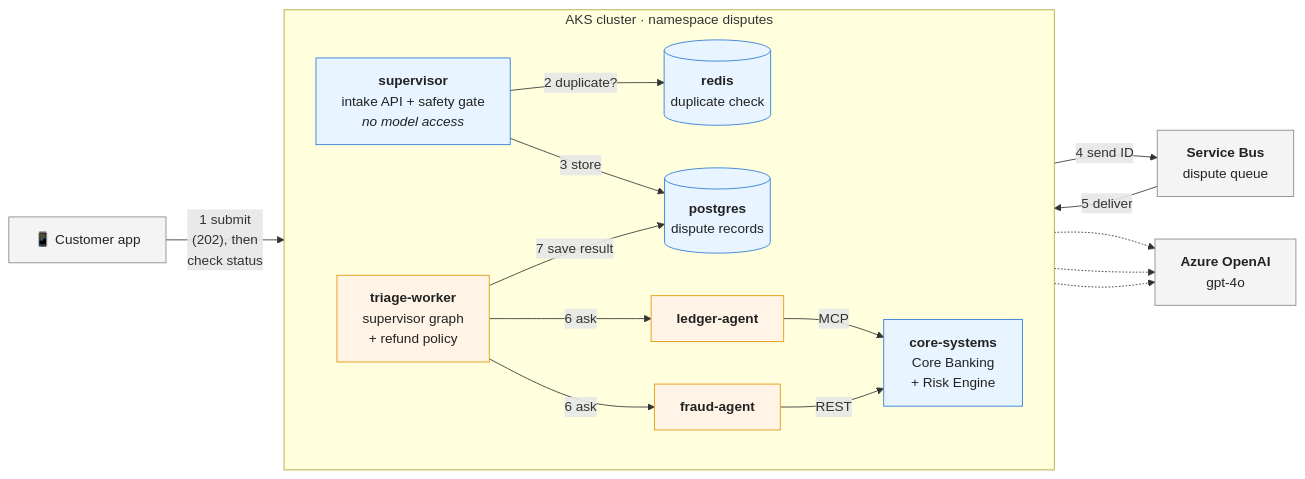
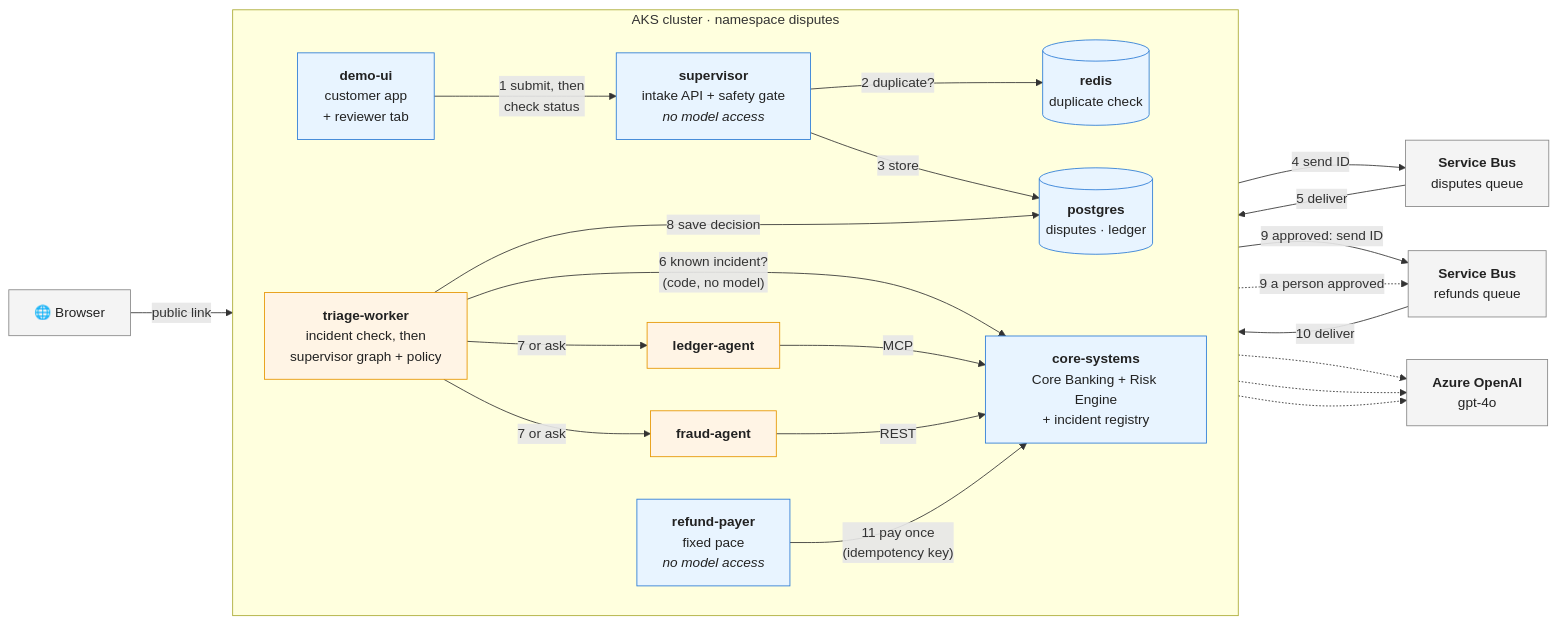
One commit to mangeleth/nequi-bank-agent-demo changed the second of 6 diagrams in README.md. Above: the diagram before and after it, drawn with Mermaid. The commit also changed other lines of this file, not shown here.

First line of the commit message:
README: architecture brought up to date

````diff
--- a/README.md
+++ b/README.md
@@ -143,39 +148,48 @@
 ```mermaid
 flowchart LR
-    app["📱 Customer app"]
+    visitor["🌐 Browser"]
 
     subgraph aks["AKS cluster · namespace disputes"]
         direction LR
+        ui["<b>demo-ui</b><br/>customer app<br/>+ reviewer tab"]
         sup["<b>supervisor</b><br/>intake API + safety gate<br/><i>no model access</i>"]
         redis[("<b>redis</b><br/>duplicate check")]
-        pg[("<b>postgres</b><br/>dispute records")]
-        worker["<b>triage-worker</b><br/>supervisor graph<br/>+ refund policy"]
+        pg[("<b>postgres</b><br/>disputes · ledger")]
+        worker["<b>triage-worker</b><br/>incident check, then<br/>supervisor graph + policy"]
         ledger["<b>ledger-agent</b>"]
         fraud["<b>fraud-agent</b>"]
-        core["<b>core-systems</b><br/>Core Banking<br/>+ Risk Engine"]
+        core["<b>core-systems</b><br/>Core Banking + Risk Engine<br/>+ incident registry"]
+        payer["<b>refund-payer</b><br/>fixed pace<br/><i>no model access</i>"]
     end
 
-    sb["<b>Service Bus</b><br/>dispute queue"]
+    sbd["<b>Service Bus</b><br/>disputes queue"]
+    sbr["<b>Service Bus</b><br/>refunds queue"]
     aoai["<b>Azure OpenAI</b><br/>gpt-4o"]
 
-    app -- "1 submit<br/>(202), then<br/>check status" --> sup
+    visitor -- "public link" --> ui
+    ui -- "1 submit, then<br/>check status" --> sup
     sup -- "2 duplicate?" --> redis
     sup -- "3 store" --> pg
-    sup -- "4 send ID" --> sb
-    sb -- "5 deliver" --> worker
-    worker -- "6 ask" --> ledger
-    worker -- "6 ask" --> fraud
+    sup -- "4 send ID" --> sbd
+    sbd -- "5 deliver" --> worker
+    worker -- "6 known incident?<br/>(code, no model)" --> core
+    worker -- "7 or ask" --> ledger
+    worker -- "7 or ask" --> fraud
     ledger -- "MCP" --> core
     fraud -- "REST" --> core
-    worker -- "7 save result" --> pg
+    worker -- "8 save decision" --> pg
+    worker -- "9 approved: send ID" --> sbr
+    sup -. "9 a person approved" .-> sbr
+    sbr -- "10 deliver" --> payer
+    payer -- "11 pay once<br/>(idempotency key)" --> core
     worker -.-> aoai
     ledger -.-> aoai
     fraud -.-> aoai
 
     classDef llm fill:#fff4e5,stroke:#e69500,color:#222
     classDef det fill:#e8f4ff,stroke:#2b7bd6,color:#222
     classDef ext fill:#f4f4f4,stroke:#888,color:#222
     class worker,fraud,ledger llm
-    class sup,core,redis,pg det
-    class app,aoai,sb ext
+    class sup,core,redis,pg,payer,ui det
+    class visitor,aoai,sbd,sbr ext
 ```
````
